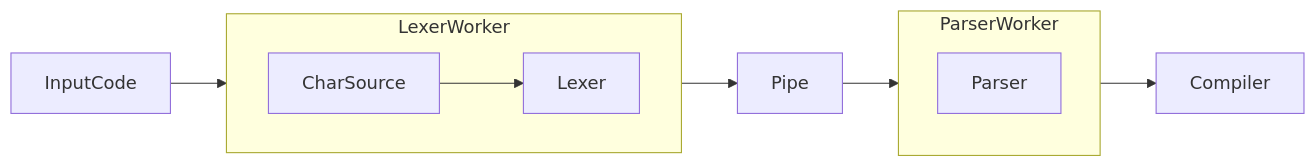
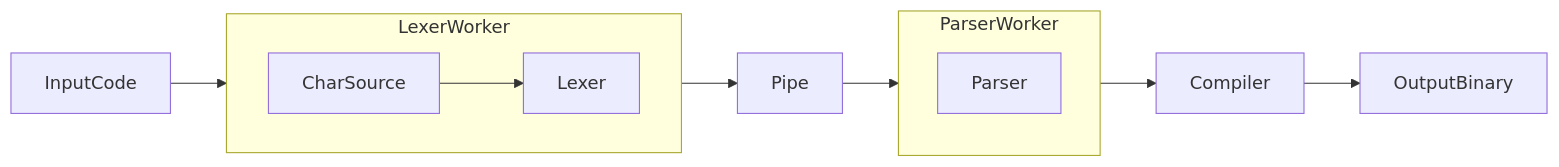
Before and after one commit to Ramzeeset/Expression-Parser: the diagram in README.md, drawn with Mermaid.

````diff
--- a/README.md
+++ b/README.md
@@ -7,14 +7,15 @@
 ```mermaid
 flowchart LR
     direction TB
     subgraph LexerWorker
         direction LR
         CharSource-->Lexer
     end
     subgraph ParserWorker
         Parser
     end
     InputCode-->LexerWorker
     LexerWorker-->Pipe-->ParserWorker
     ParserWorker-->Compiler
+    Compiler-->OutputBinary
 ```
````
